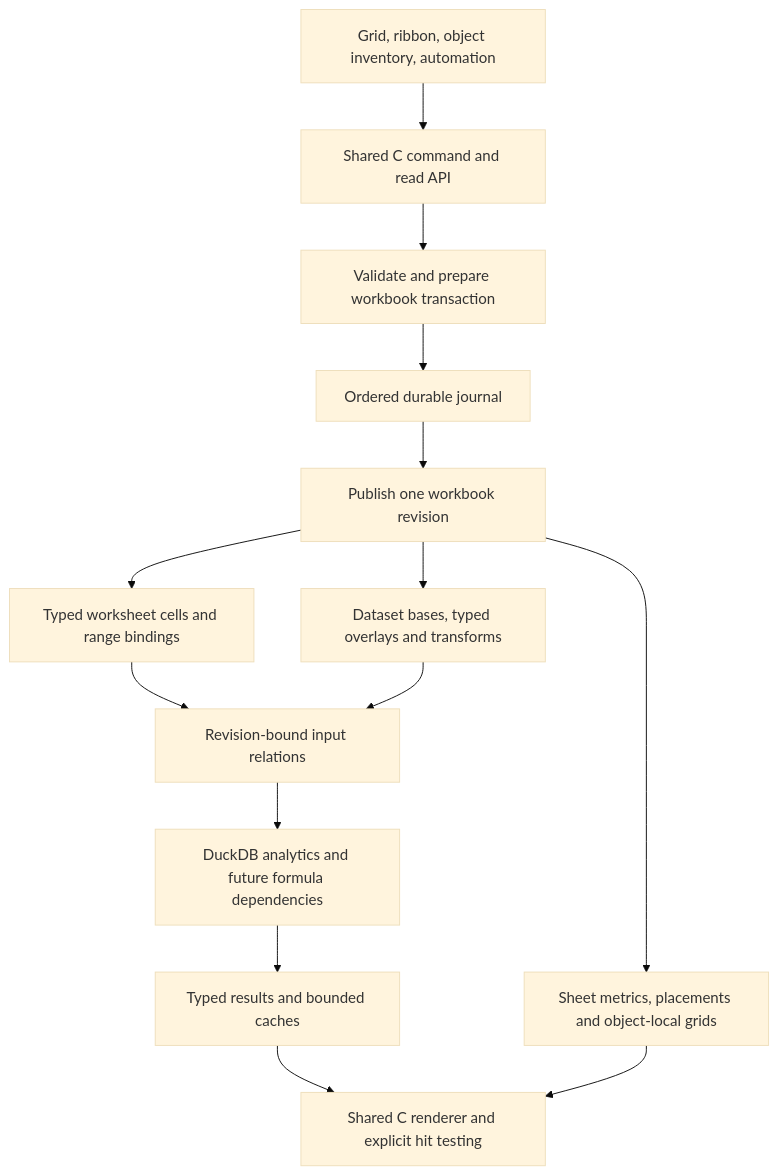
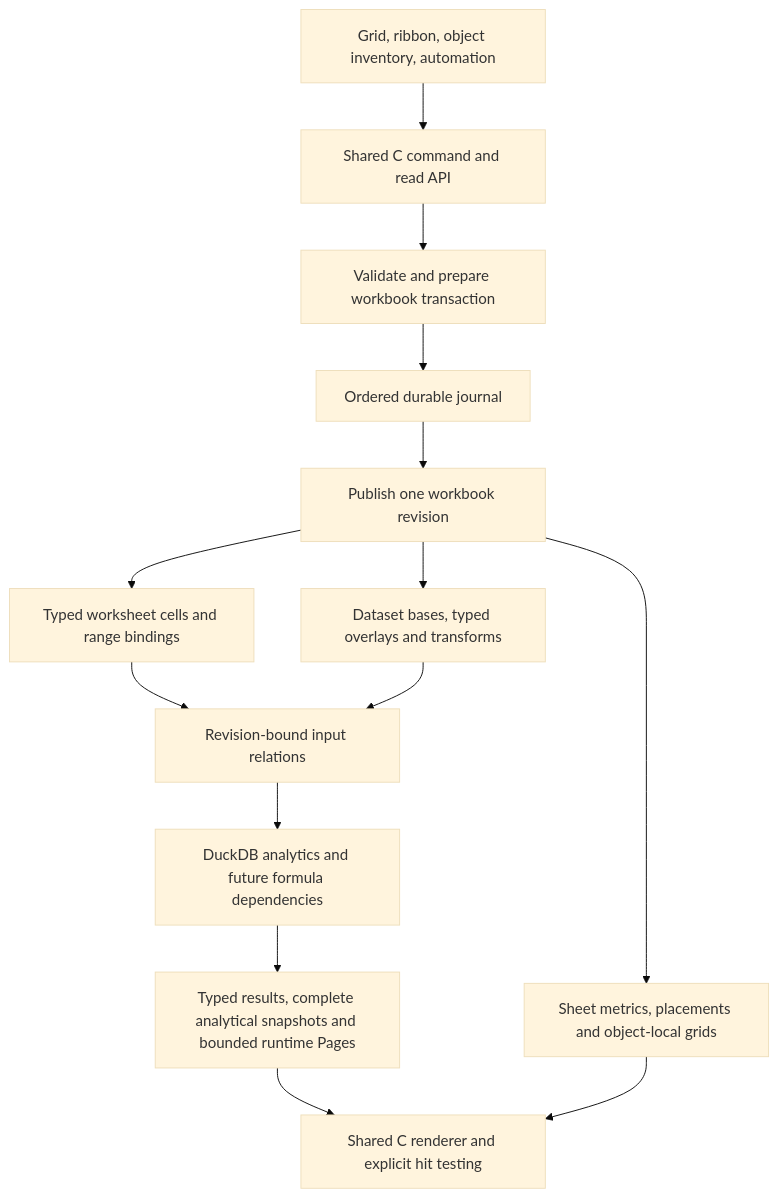
The first of 2 diagrams in docs/design/WORKBOOK_MODEL_TRD.md (batu-bulgur/duxcel), drawn with Mermaid (base theme) before and after one commit. The commit also changed other lines of this file and 3 other files, not shown here.

````diff
--- a/docs/design/WORKBOOK_MODEL_TRD.md
+++ b/docs/design/WORKBOOK_MODEL_TRD.md
@@ -81,16 +83,16 @@
 ```mermaid
 flowchart TD
     UI["Grid, ribbon, object inventory, automation"] --> API["Shared C command and read API"]
     API --> TX["Validate and prepare workbook transaction"]
     TX --> Durable["Ordered durable journal"]
     Durable --> Model["Publish one workbook revision"]
     Model --> Cells["Typed worksheet cells and range bindings"]
     Model --> Datasets["Dataset bases, typed overlays and transforms"]
     Cells --> Relations["Revision-bound input relations"]
     Datasets --> Relations
     Relations --> Analysis["DuckDB analytics and future formula dependencies"]
-    Analysis --> Results["Typed results and bounded caches"]
+    Analysis --> Results["Typed results, complete analytical snapshots and bounded runtime Pages"]
     Model --> Layout["Sheet metrics, placements and object-local grids"]
     Results --> Renderer["Shared C renderer and explicit hit testing"]
     Layout --> Renderer
 ```
````
